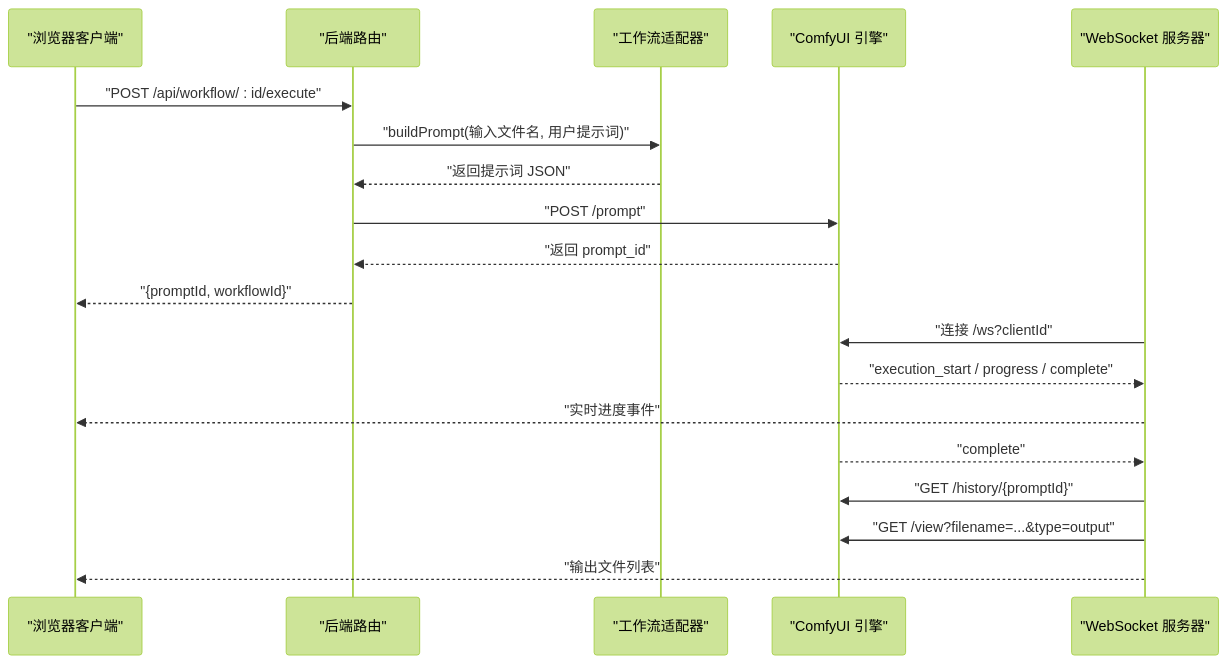
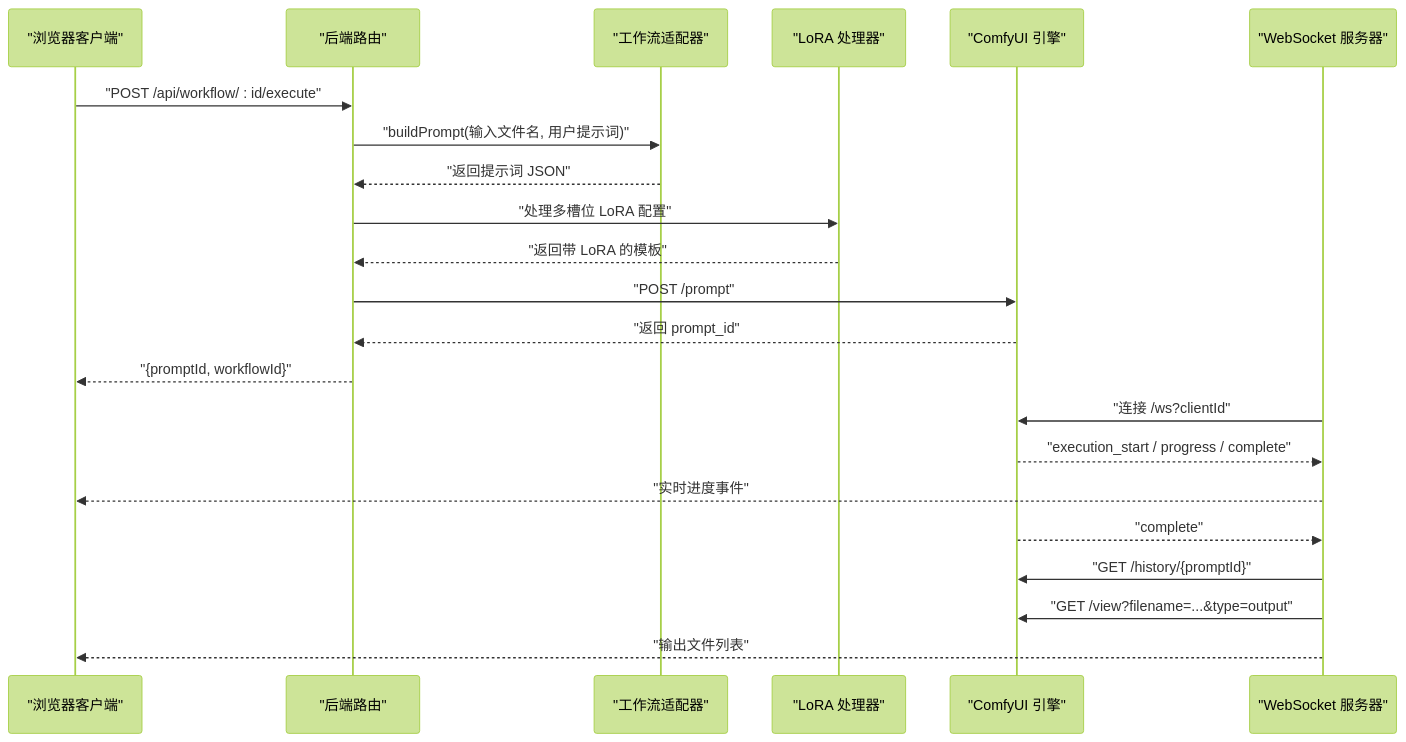
The second of 10 diagrams in .qoder/repowiki/zh/content/工作流系统/工作流系统.md (billye220670/CorineKit_Pix2Real), drawn with Mermaid (forest theme) before and after one commit. The commit also changed other lines of this file and 43 other files, not shown here.

````diff
--- a/.qoder/repowiki/zh/content/工作流系统/工作流系统.md
+++ b/.qoder/repowiki/zh/content/工作流系统/工作流系统.md
@@ -111,21 +121,24 @@
 ```mermaid
 sequenceDiagram
 participant Client as "浏览器客户端"
 participant Backend as "后端路由"
 participant Adapter as "工作流适配器"
+participant LoRAHandler as "LoRA 处理器"
 participant Comfy as "ComfyUI 引擎"
 participant WS as "WebSocket 服务器"
 Client->>Backend : "POST /api/workflow/ : id/execute"
 Backend->>Adapter : "buildPrompt(输入文件名, 用户提示词)"
 Adapter-->>Backend : "返回提示词 JSON"
+Backend->>LoRAHandler : "处理多槽位 LoRA 配置"
+LoRAHandler-->>Backend : "返回带 LoRA 的模板"
 Backend->>Comfy : "POST /prompt"
 Comfy-->>Backend : "返回 prompt_id"
 Backend-->>Client : "{promptId, workflowId}"
 WS->>Comfy : "连接 /ws?clientId"
 Comfy-->>WS : "execution_start / progress / complete"
 WS-->>Client : "实时进度事件"
 Comfy-->>WS : "complete"
 WS->>Comfy : "GET /history/{promptId}"
 WS->>Comfy : "GET /view?filename=...&type=output"
 WS-->>Client : "输出文件列表"
 ```
````
